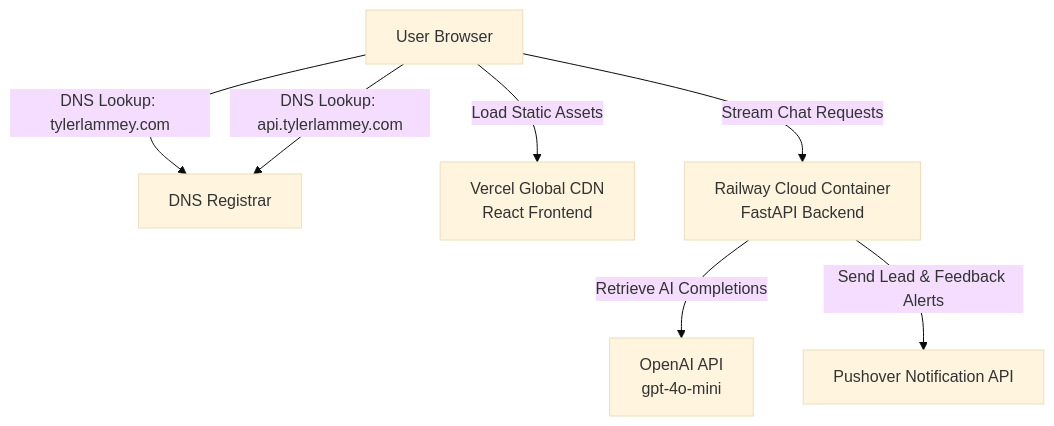
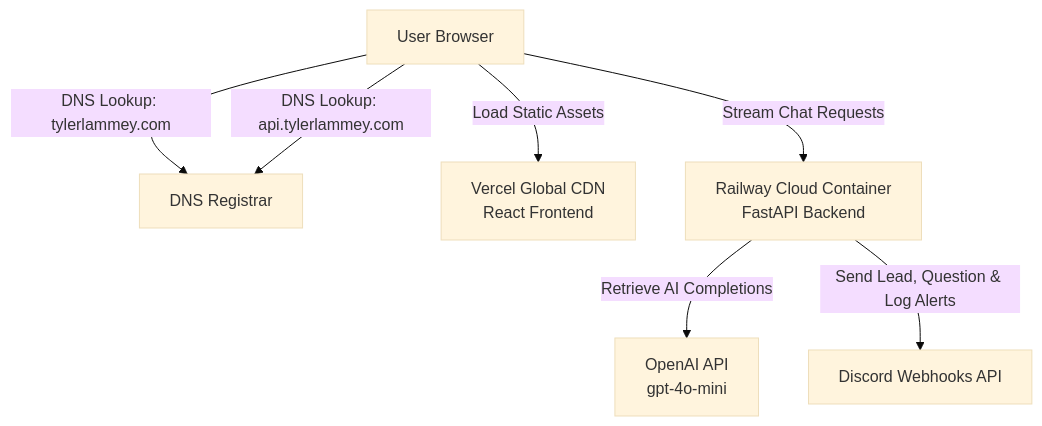
The diagram in DEPLOYMENT.md (tylerlammey/personal-website), drawn with Mermaid (base theme) before and after one commit. The commit also changed other lines of this file and 3 other files, not shown here.

Commit message:
feat: migrate backend notifications from Pushover to Discord Webhooks and improve unknown questions prompt handling

````diff
--- a/DEPLOYMENT.md
+++ b/DEPLOYMENT.md
@@ -13,16 +13,16 @@
 ```mermaid
 graph TD
     Client[User Browser]
     DNS[DNS Registrar]
     Vercel[Vercel Global CDN<br>React Frontend]
     Railway[Railway Cloud Container<br>FastAPI Backend]
     OpenAI[OpenAI API<br>gpt-4o-mini]
-    Pushover[Pushover Notification API]
+    Discord[Discord Webhooks API]
 
     Client -->|DNS Lookup: tylerlammey.com| DNS
     Client -->|DNS Lookup: api.tylerlammey.com| DNS
     Client -->|Load Static Assets| Vercel
     Client -->|Stream Chat Requests| Railway
     Railway -->|Retrieve AI Completions| OpenAI
-    Railway -->|Send Lead & Feedback Alerts| Pushover
+    Railway -->|Send Lead, Question & Log Alerts| Discord
 ```
````
